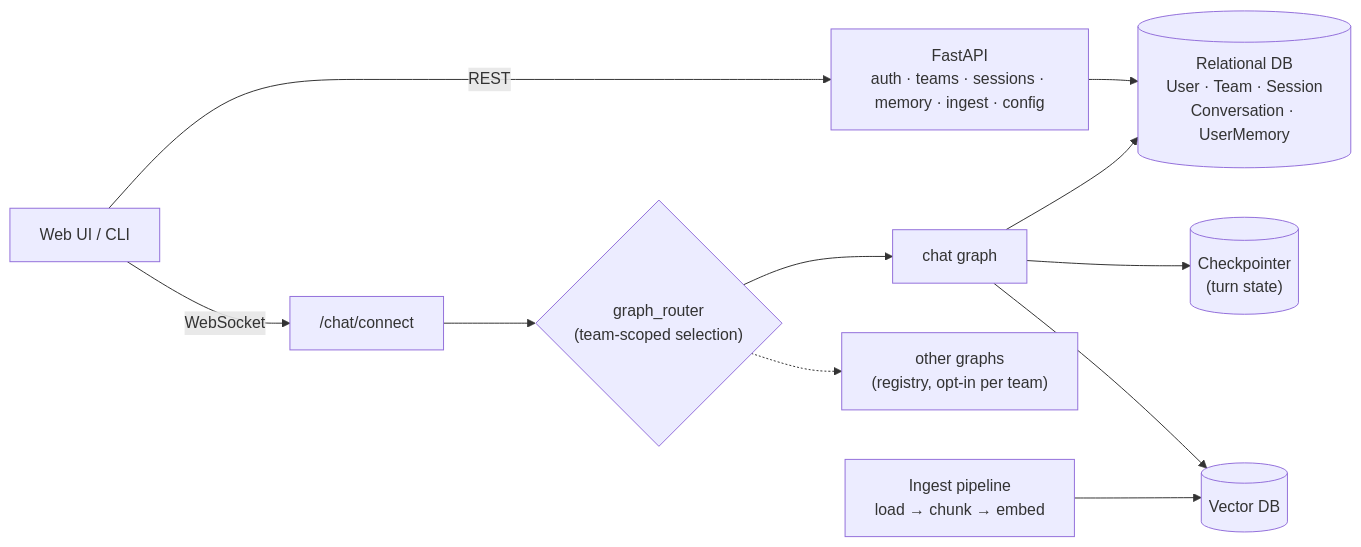
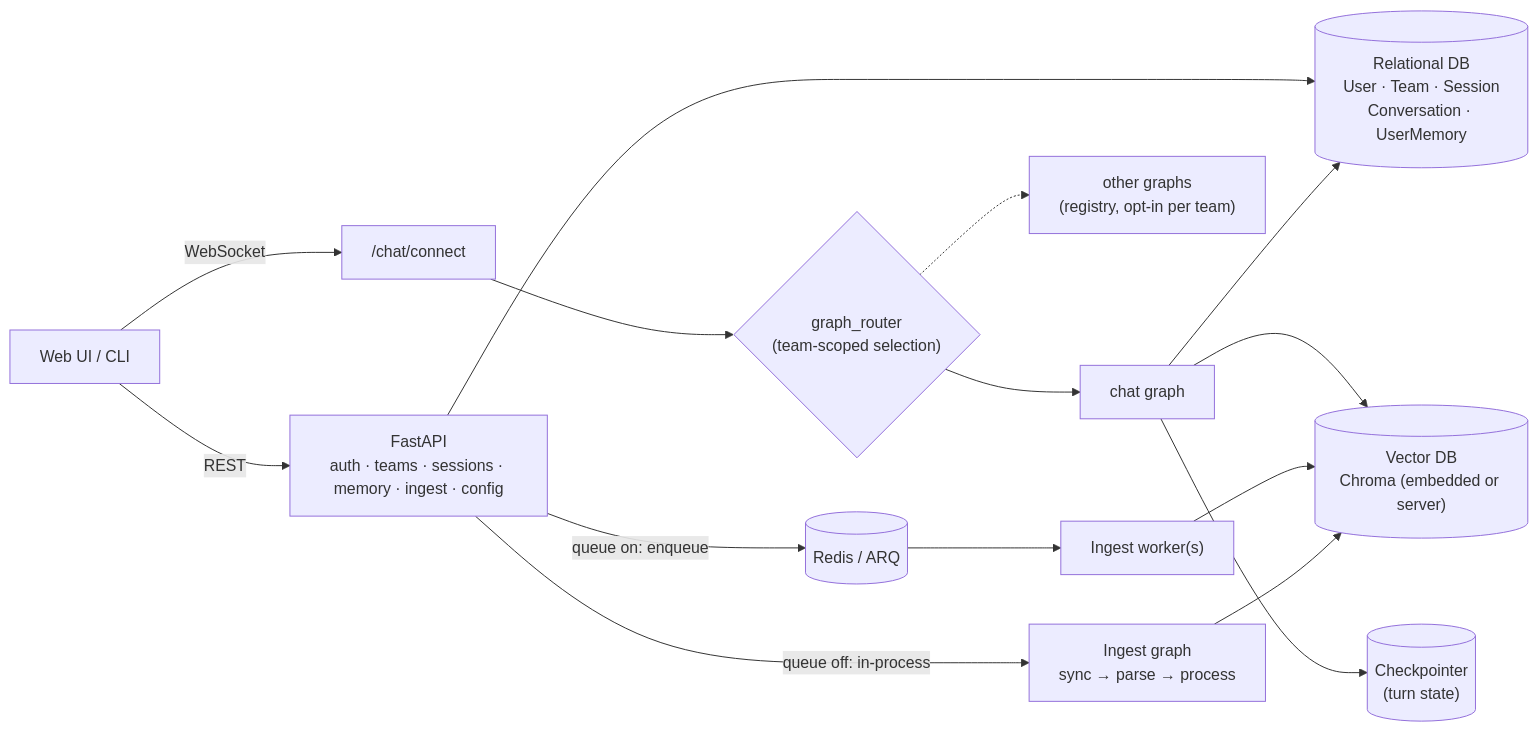
One commit to kc-ml2/MARU-Lang changed the first of 2 diagrams in README.md. Above: the diagram before and after it, drawn with Mermaid. The commit also changed other lines of this file and 3 other files, not shown here.

````diff
--- a/README.md
+++ b/README.md
@@ -62,16 +46,21 @@
 ```mermaid
 graph LR
     Client[Web UI / CLI]
     Client -->|REST| API["FastAPI<br/>auth · teams · sessions · memory · ingest · config"]
     Client -->|WebSocket| WS["/chat/connect"]
 
     WS --> Router{"graph_router<br/>(team-scoped selection)"}
     Router --> Chat["chat graph"]
     Router -.-> Other["other graphs<br/>(registry, opt-in per team)"]
 
     API --> RDB[("Relational DB<br/>User · Team · Session<br/>Conversation · UserMemory")]
     Chat --> RDB
     Chat --> CP[("Checkpointer<br/>(turn state)")]
-    Chat --> VDB[("Vector DB")]
-    Ingest["Ingest pipeline<br/>load → chunk → embed"] --> VDB
+    Chat --> VDB[("Vector DB<br/>Chroma (embedded or server)")]
+
+    API -->|queue on: enqueue| Q[("Redis / ARQ")]
+    Q --> Worker["Ingest worker(s)"]
+    Worker --> VDB
+    API -->|queue off: in-process| Ingest["Ingest graph<br/>sync → parse → process"]
+    Ingest --> VDB
 ```
````
